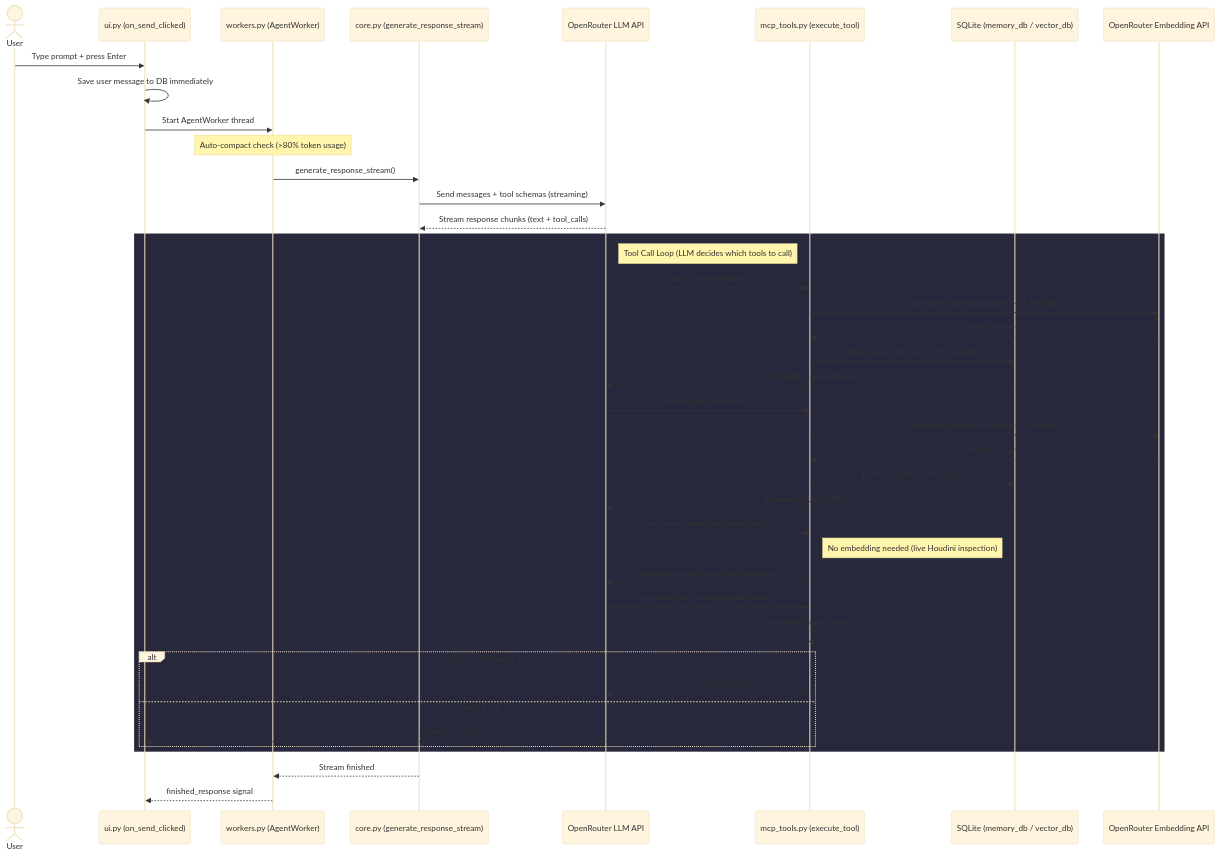
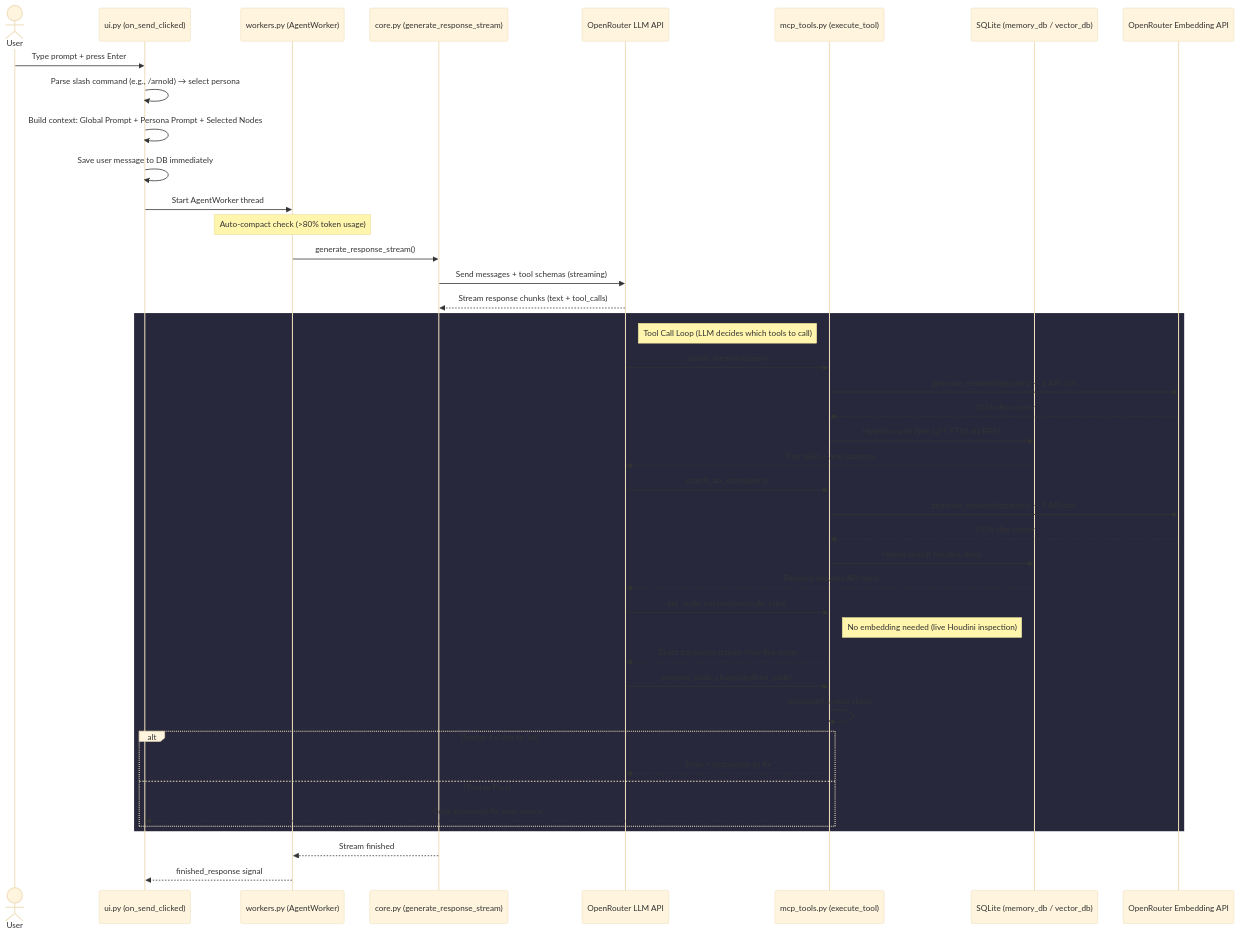
Before and after one commit to mangomaker5/Houdini-LLM: the first of 2 diagrams in agent_flow_deep_dive.md, drawn with Mermaid (base theme). The commit also changed other lines of this file and 10 other files, not shown here.

````diff
--- a/agent_flow_deep_dive.md
+++ b/agent_flow_deep_dive.md
@@ -25,52 +25,54 @@
 ```mermaid
 sequenceDiagram
     actor User
     participant UI as ui.py (on_send_clicked)
     participant Worker as workers.py (AgentWorker)
     participant Core as core.py (generate_response_stream)
     participant LLM as OpenRouter LLM API
     participant Tools as mcp_tools.py (execute_tool)
     participant DB as SQLite (memory_db / vector_db)
     participant Embed as OpenRouter Embedding API
 
     User->>UI: Type prompt + press Enter
+    UI->>UI: Parse slash command (e.g., /arnold) → select persona
+    UI->>UI: Build context: Global Prompt + Persona Prompt + Selected Nodes
     UI->>UI: Save user message to DB immediately
     UI->>Worker: Start AgentWorker thread
 
     Note over Worker: Auto-compact check (>80% token usage)
 
     Worker->>Core: generate_response_stream()
     Core->>LLM: Send messages + tool schemas (streaming)
     LLM-->>Core: Stream response chunks (text + tool_calls)
 
     rect rgb(40, 40, 60)
         Note right of LLM: Tool Call Loop (LLM decides which tools to call)
         
         LLM->>Tools: search_memory(query)
         Tools->>Embed: generate_embedding(query) — 1 API call
         Embed-->>Tools: 1536-dim vector
         Tools->>DB: Hybrid search (Vec L2 + FTS5 via RRF)
         DB-->>LLM: Past skills + anti-patterns
 
         LLM->>Tools: search_api_docs(query)
         Tools->>Embed: generate_embedding(query) — 1 API call
         Embed-->>Tools: 1536-dim vector
         Tools->>DB: Hybrid search houdini_docs
         DB-->>LLM: Relevant Houdini API docs
 
         LLM->>Tools: get_node_parameters(node_type)
         Note right of Tools: No embedding needed (live Houdini inspection)
         Tools-->>LLM: Exact parameter names from live scene
 
         LLM->>Tools: propose_code_change(python_code)
         Tools->>Tools: ast.parse() syntax check
         alt Syntax Fail (up to 3x)
             Tools-->>LLM: Error + instruction to fix
         else Syntax Pass
             Tools-->>UI: Code proposed for user review
         end
     end
 
     Core-->>Worker: Stream finished
     Worker-->>UI: finished_response signal
 ```
````
